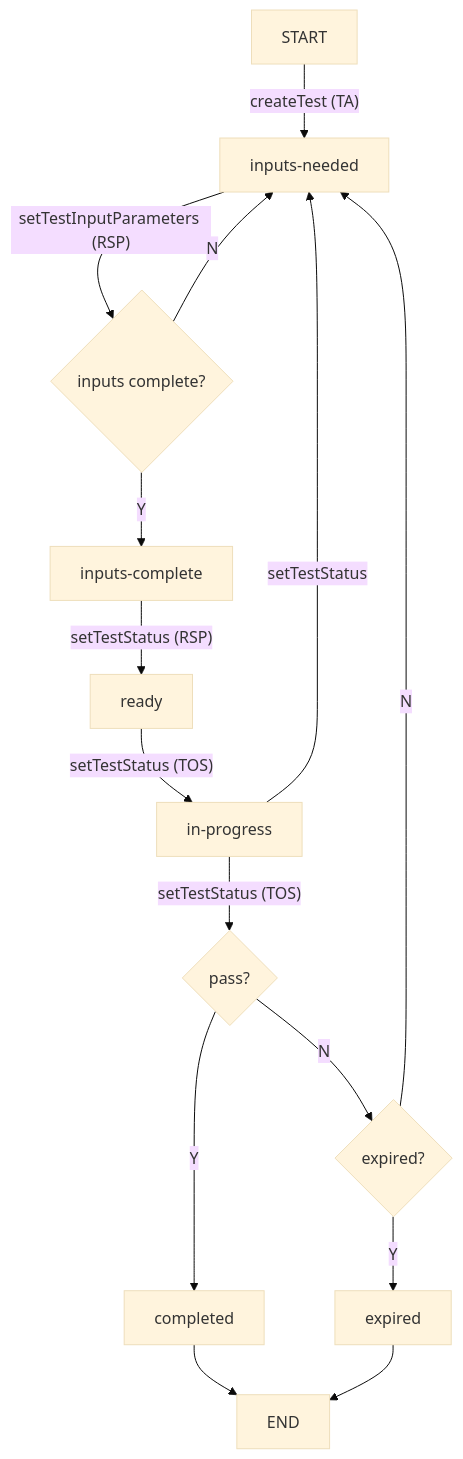
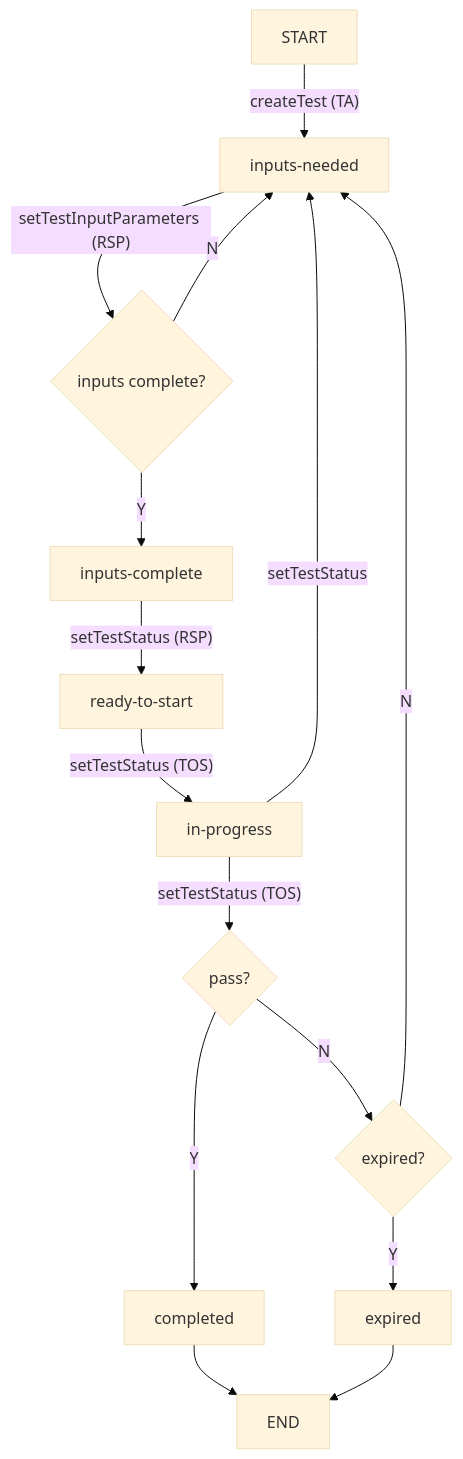
One commit to icann/rst-api-spec changed the diagram in test-object-state-machine.mmd. Above: the diagram before and after it, drawn with Mermaid (base theme). The commit also changed 2 other files, not shown here.

Commit message:
rename `ready` to `ready-to-start`

```diff
--- a/test-object-state-machine.mmd
+++ b/test-object-state-machine.mmd
@@ -1,15 +1,15 @@
 flowchart TD
     START[START] --> |"createTest (TA)"| A
     A[inputs-needed] -->|"setTestInputParameters (RSP)"| B{inputs complete?}
     B -->|N| A
     B -->|Y| C[inputs-complete]
-    C -->|"setTestStatus (RSP)"| D[ready]
+    C -->|"setTestStatus (RSP)"| D[ready-to-start]
     D --> |"setTestStatus (TOS)"| E1[in-progress]
     E1 --> |setTestStatus| A
     E1 --> |"setTestStatus (TOS)"| G{pass?}
     G --> |Y| H[completed]
     G --> |N| I{expired?}
     I --> |N| A
     I --> |Y| J[expired]
     H --> END
     J --> END
```
